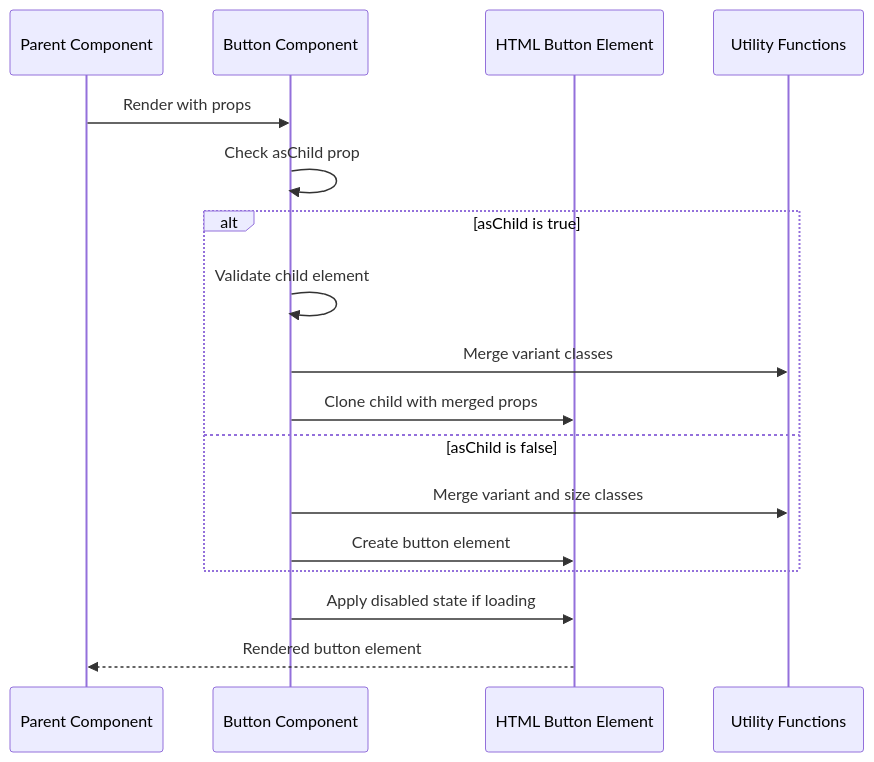
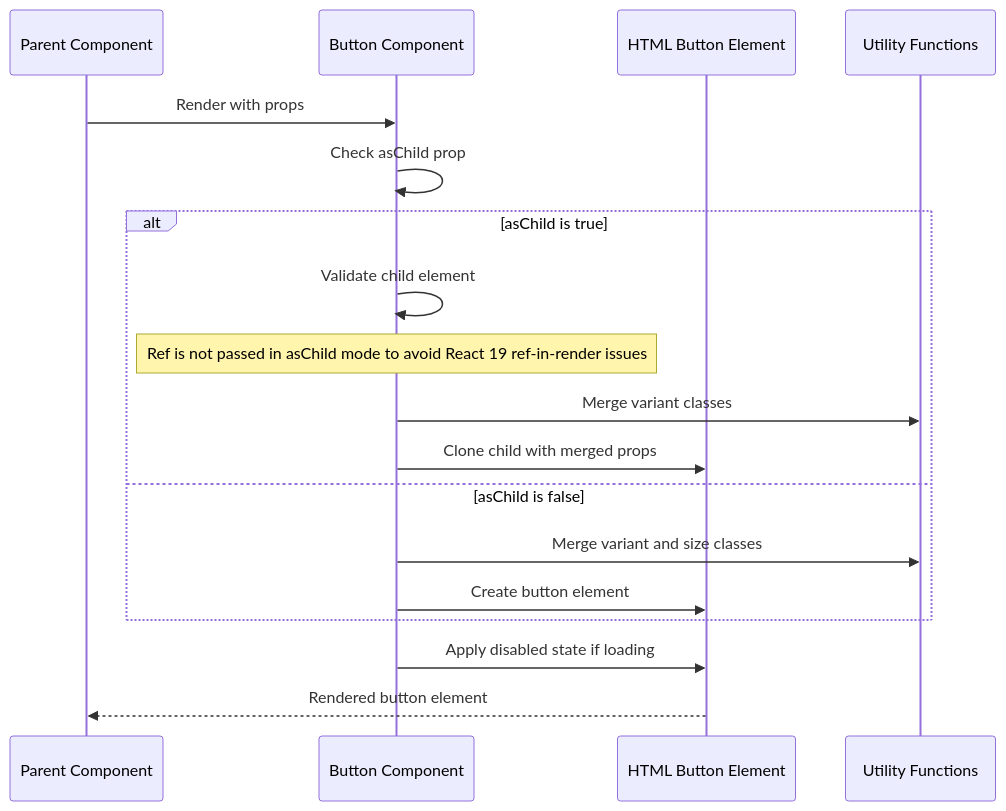
Before and after one commit to shekhargiri005-dotcom/AI-powered-accessibility-first-UI-engine: the third of 6 diagrams in .qoder/repowiki/en/content/Core Button Component.md, drawn with Mermaid. The commit also changed other lines of this file and 7 other files, not shown here.

````diff
--- a/.qoder/repowiki/en/content/Core Button Component.md
+++ b/.qoder/repowiki/en/content/Core Button Component.md
@@ -143,19 +154,20 @@
 ```mermaid
 sequenceDiagram
 participant Parent as Parent Component
 participant Button as Button Component
 participant DOM as HTML Button Element
 participant Utils as Utility Functions
 Parent->>Button : Render with props
 Button->>Button : Check asChild prop
 alt asChild is true
 Button->>Button : Validate child element
+Note over Button : Ref is not passed in asChild mode to avoid React 19 ref-in-render issues
 Button->>Utils : Merge variant classes
 Button->>DOM : Clone child with merged props
 else asChild is false
 Button->>Utils : Merge variant and size classes
 Button->>DOM : Create button element
 end
 Button->>DOM : Apply disabled state if loading
 DOM-->>Parent : Rendered button element
 ```
````
